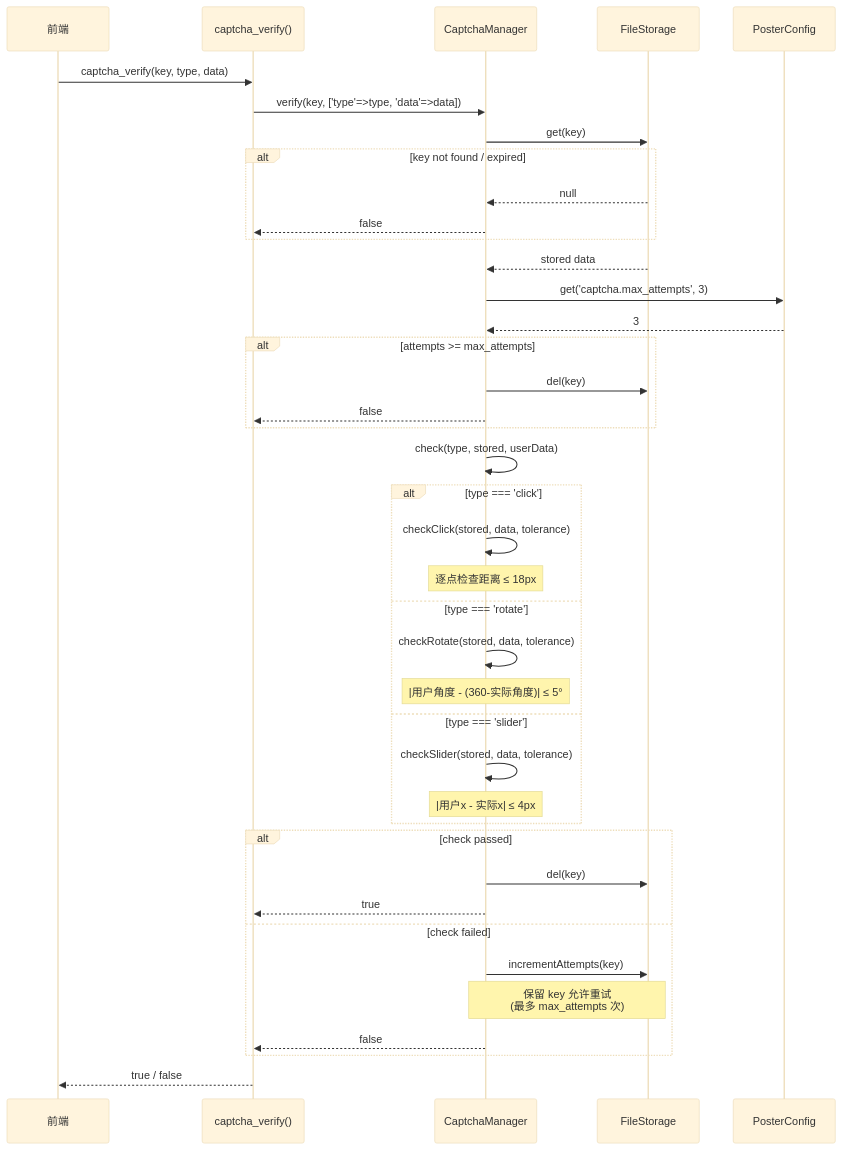
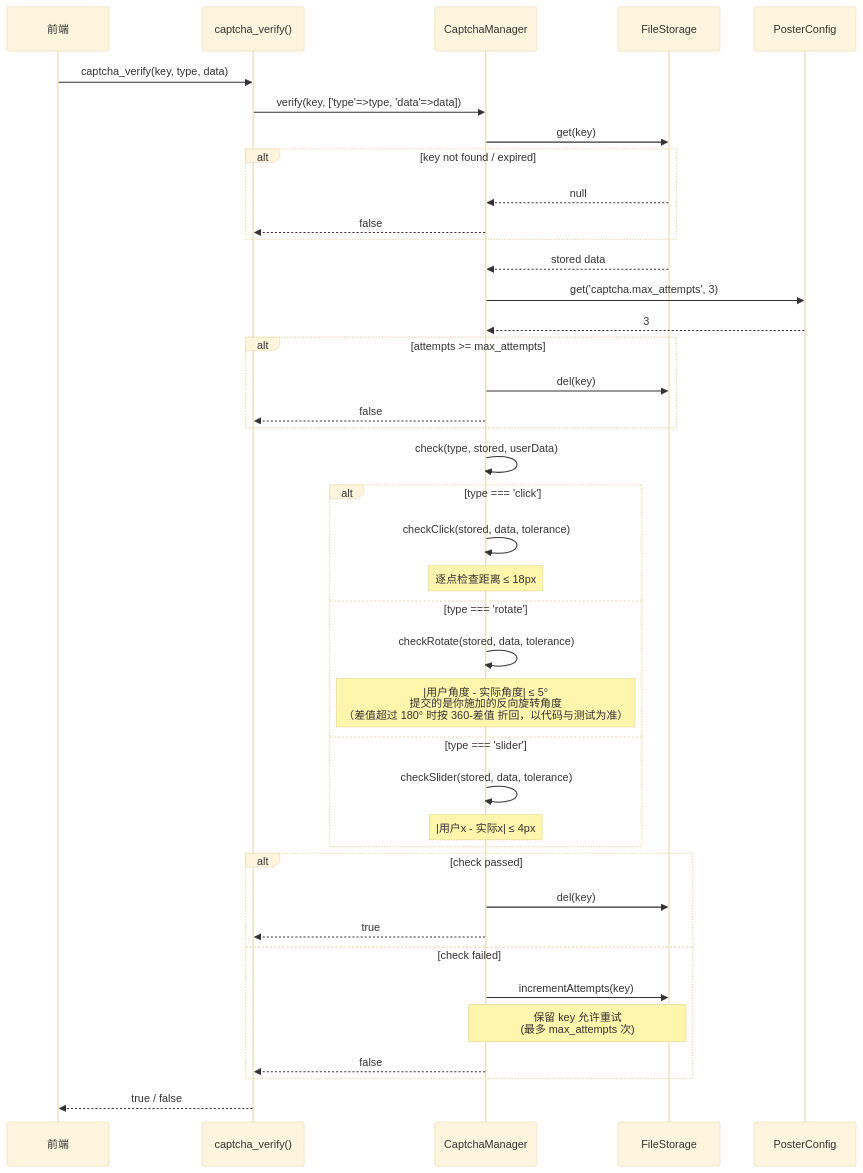
Before and after one commit to erikwang2013/poster-php: the fifth of 11 diagrams in docs/architecture.md, drawn with Mermaid (base theme). The commit also changed other lines of this file and 24 other files, not shown here.

Commit message:
fix: 存储层并发与静默失效（FileStorage 加锁与原子写、Session 守卫、auto 探测缓存）+ feat: PSR-16 适配与 Laravel 图片端点

````diff
--- a/docs/architecture.md
+++ b/docs/architecture.md
@@ -215,52 +219,52 @@
 ```mermaid
 sequenceDiagram
     participant Client as 前端
     participant Helper as captcha_verify()
     participant Manager as CaptchaManager
     participant Storage as FileStorage
     participant Config as PosterConfig
 
     Client->>Helper: captcha_verify(key, type, data)
     Helper->>Manager: verify(key, ['type'=>type, 'data'=>data])
     
     Manager->>Storage: get(key)
     
     alt key not found / expired
         Storage-->>Manager: null
         Manager-->>Helper: false
     end
     
     Storage-->>Manager: stored data
     
     Manager->>Config: get('captcha.max_attempts', 3)
     Config-->>Manager: 3
     
     alt attempts >= max_attempts
         Manager->>Storage: del(key)
         Manager-->>Helper: false
     end
     
     Manager->>Manager: check(type, stored, userData)
     
     alt type === 'click'
         Manager->>Manager: checkClick(stored, data, tolerance)
         Note over Manager: 逐点检查距离 ≤ 18px
     else type === 'rotate'
         Manager->>Manager: checkRotate(stored, data, tolerance)
-        Note over Manager: |用户角度 - (360-实际角度)| ≤ 5°
+        Note over Manager: |用户角度 - 实际角度| ≤ 5°<br/>提交的是你施加的反向旋转角度<br/>（差值超过 180° 时按 360-差值 折回，以代码与测试为准）
     else type === 'slider'
         Manager->>Manager: checkSlider(stored, data, tolerance)
         Note over Manager: |用户x - 实际x| ≤ 4px
     end
     
     alt check passed
         Manager->>Storage: del(key)
         Manager-->>Helper: true
     else check failed
         Manager->>Storage: incrementAttempts(key)
         Note over Manager,Storage: 保留 key 允许重试<br/>(最多 max_attempts 次)
         Manager-->>Helper: false
     end
     
     Helper-->>Client: true / false
 ```
````
